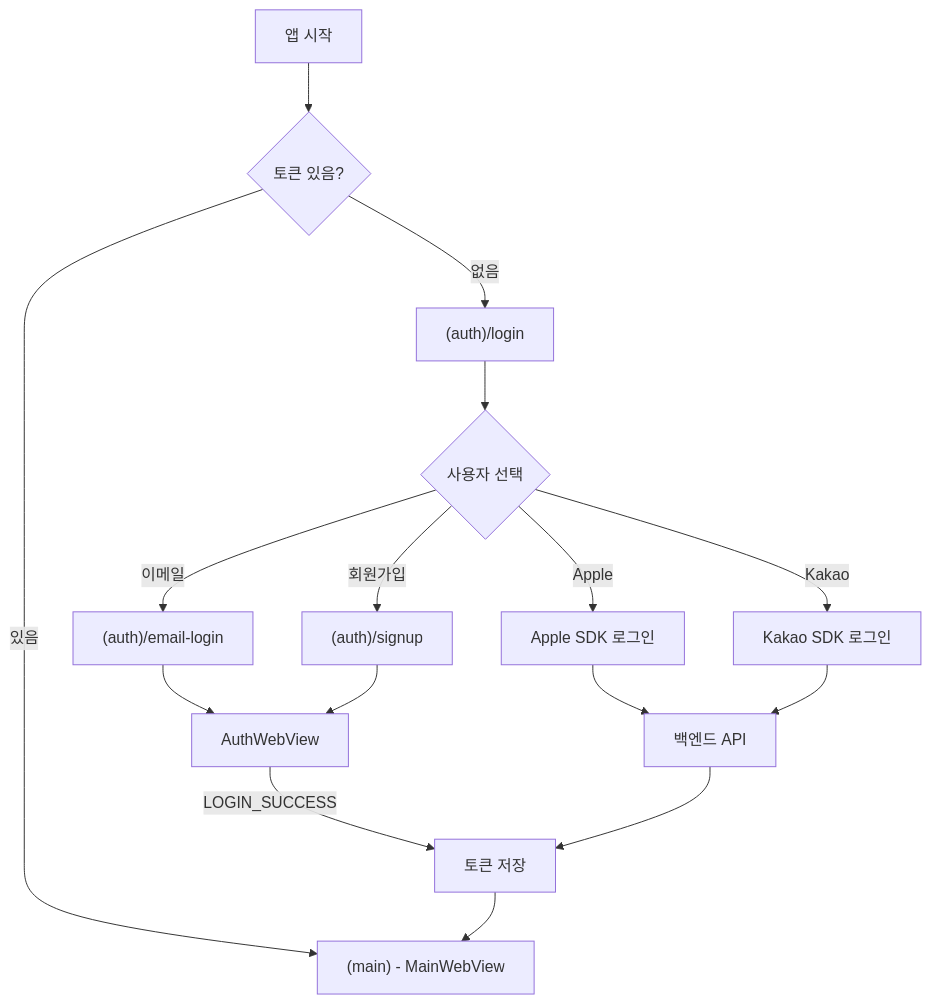
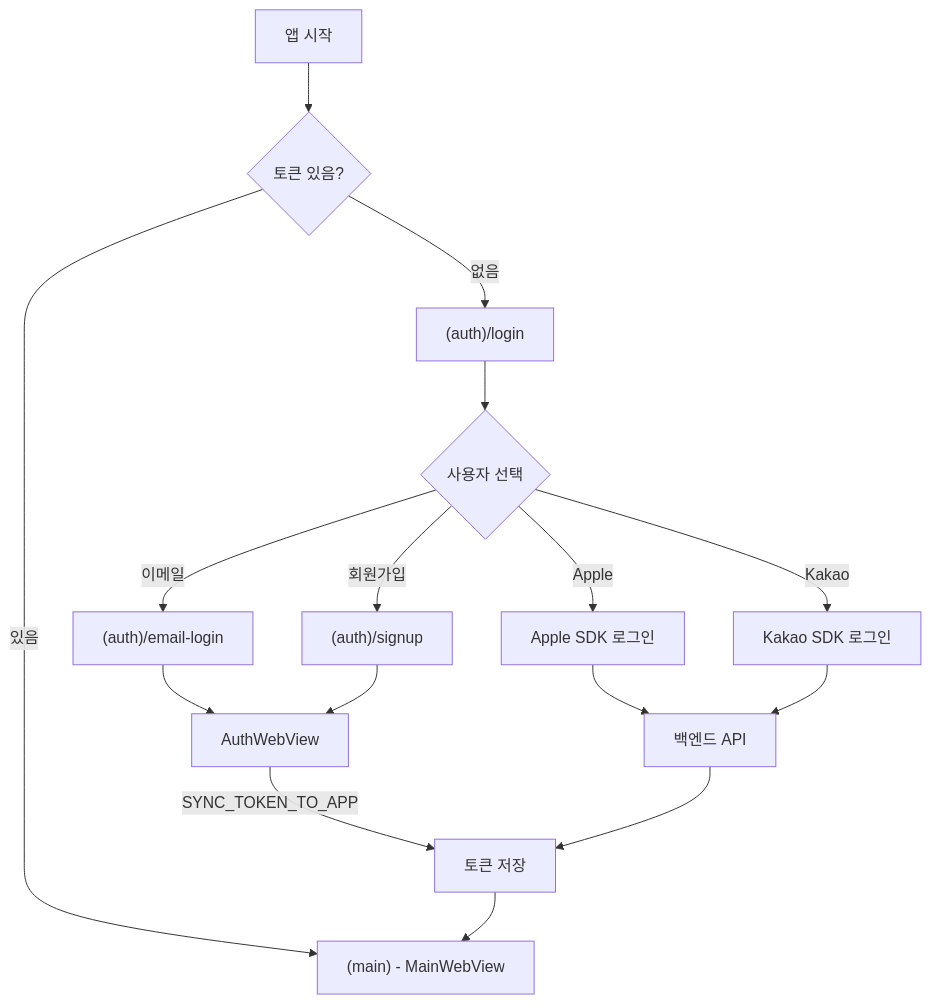
One commit to DDD-Community/DDD-12-GROWIT-APP changed the diagram in docs/task/002-소셜-로그인/06.5-이메일-인증-webview.md. Above: the diagram before and after it, drawn with Mermaid. The commit also changed other lines of this file and 3 other files, not shown here.

````diff
--- a/docs/task/002-소셜-로그인/06.5-이메일-인증-webview.md
+++ b/docs/task/002-소셜-로그인/06.5-이메일-인증-webview.md
@@ -479,21 +487,21 @@
 ```mermaid
 flowchart TD
     A[앱 시작] --> B{토큰 있음?}
     B -->|있음| C["(main) - MainWebView"]
     B -->|없음| D["(auth)/login"]
 
     D --> E{사용자 선택}
     E -->|Apple| F[Apple SDK 로그인]
     E -->|Kakao| G[Kakao SDK 로그인]
     E -->|이메일| H["(auth)/email-login"]
     E -->|회원가입| I["(auth)/signup"]
 
     F --> J[백엔드 API]
     G --> J
     H --> K[AuthWebView]
     I --> K
 
-    K -->|LOGIN_SUCCESS| L[토큰 저장]
+    K -->|SYNC_TOKEN_TO_APP| L[토큰 저장]
     J --> L
     L --> C
 ```
````
